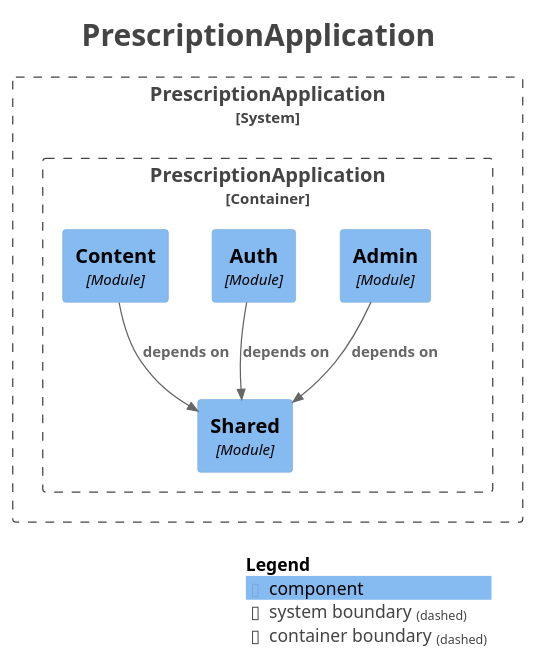
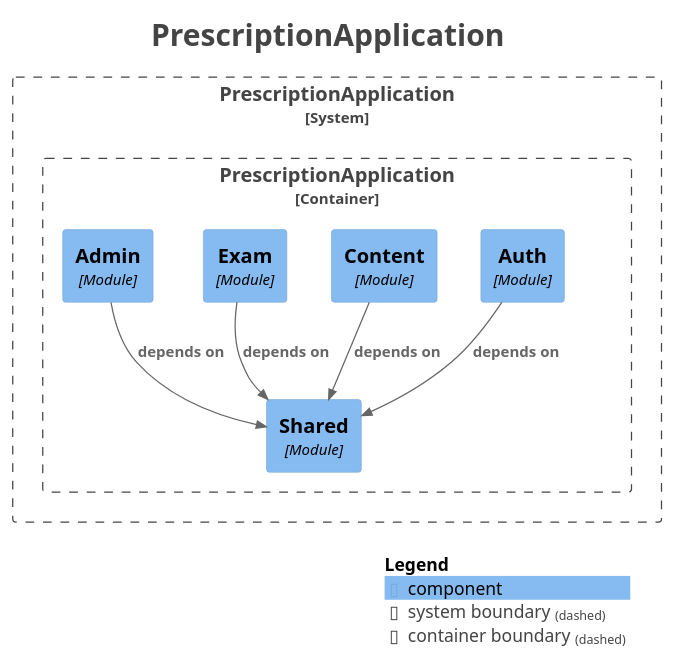
The diagram in docs/moduller/components.puml (Losdreyfedus/doping-prescription), drawn with PlantUML before and after one commit. The commit also changed 7 other files, not shown here.

```diff
--- a/docs/moduller/components.puml
+++ b/docs/moduller/components.puml
@@ -1,34 +1,36 @@
 @startuml
 title <size:24>PrescriptionApplication</size>
 
 set separator none
 top to bottom direction
 
 <style>
   root {
     BackgroundColor: #ffffff
     FontColor: #444444
   }
 </style>
 
 !include <C4/C4>
 !include <C4/C4_Context>
 !include <C4/C4_Component>
 
 System_Boundary("PrescriptionApplication_boundary", "PrescriptionApplication", $tags="") {
   Container_Boundary("PrescriptionApplication.PrescriptionApplication_boundary", "PrescriptionApplication", $tags="") {
-    Component(PrescriptionApplication.PrescriptionApplication.Admin, "Admin", $techn="Module", $descr="", $tags="", $link="")
     Component(PrescriptionApplication.PrescriptionApplication.Auth, "Auth", $techn="Module", $descr="", $tags="", $link="")
     Component(PrescriptionApplication.PrescriptionApplication.Content, "Content", $techn="Module", $descr="", $tags="", $link="")
+    Component(PrescriptionApplication.PrescriptionApplication.Exam, "Exam", $techn="Module", $descr="", $tags="", $link="")
     Component(PrescriptionApplication.PrescriptionApplication.Shared, "Shared", $techn="Module", $descr="", $tags="", $link="")
+    Component(PrescriptionApplication.PrescriptionApplication.Admin, "Admin", $techn="Module", $descr="", $tags="", $link="")
   }
 
 }
 
+Rel(PrescriptionApplication.PrescriptionApplication.Admin, PrescriptionApplication.PrescriptionApplication.Shared, "depends on", $techn="", $tags="", $link="")
+Rel(PrescriptionApplication.PrescriptionApplication.Content, PrescriptionApplication.PrescriptionApplication.Shared, "depends on", $techn="", $tags="", $link="")
 Rel(PrescriptionApplication.PrescriptionApplication.Auth, PrescriptionApplication.PrescriptionApplication.Shared, "depends on", $techn="", $tags="", $link="")
-Rel(PrescriptionApplication.PrescriptionApplication.Content, PrescriptionApplication.PrescriptionApplication.Shared, "depends on", $techn="", $tags="", $link="")
-Rel(PrescriptionApplication.PrescriptionApplication.Admin, PrescriptionApplication.PrescriptionApplication.Shared, "depends on", $techn="", $tags="", $link="")
+Rel(PrescriptionApplication.PrescriptionApplication.Exam, PrescriptionApplication.PrescriptionApplication.Shared, "depends on", $techn="", $tags="", $link="")
 
 SHOW_LEGEND(true)
 hide stereotypes
 @enduml
```
